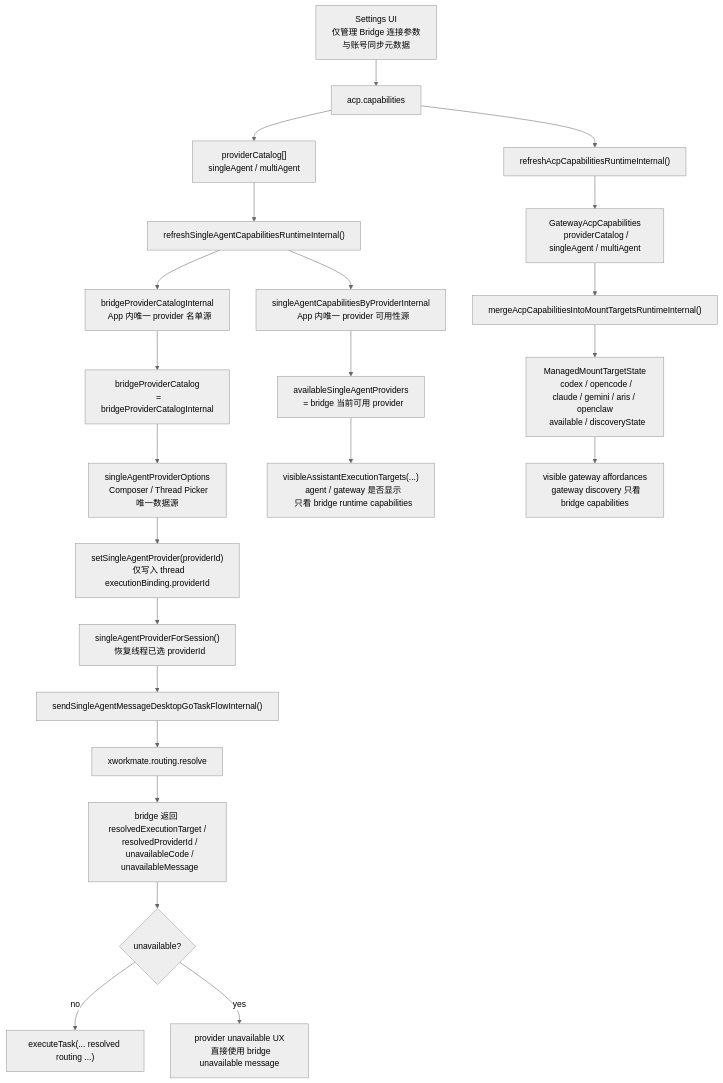
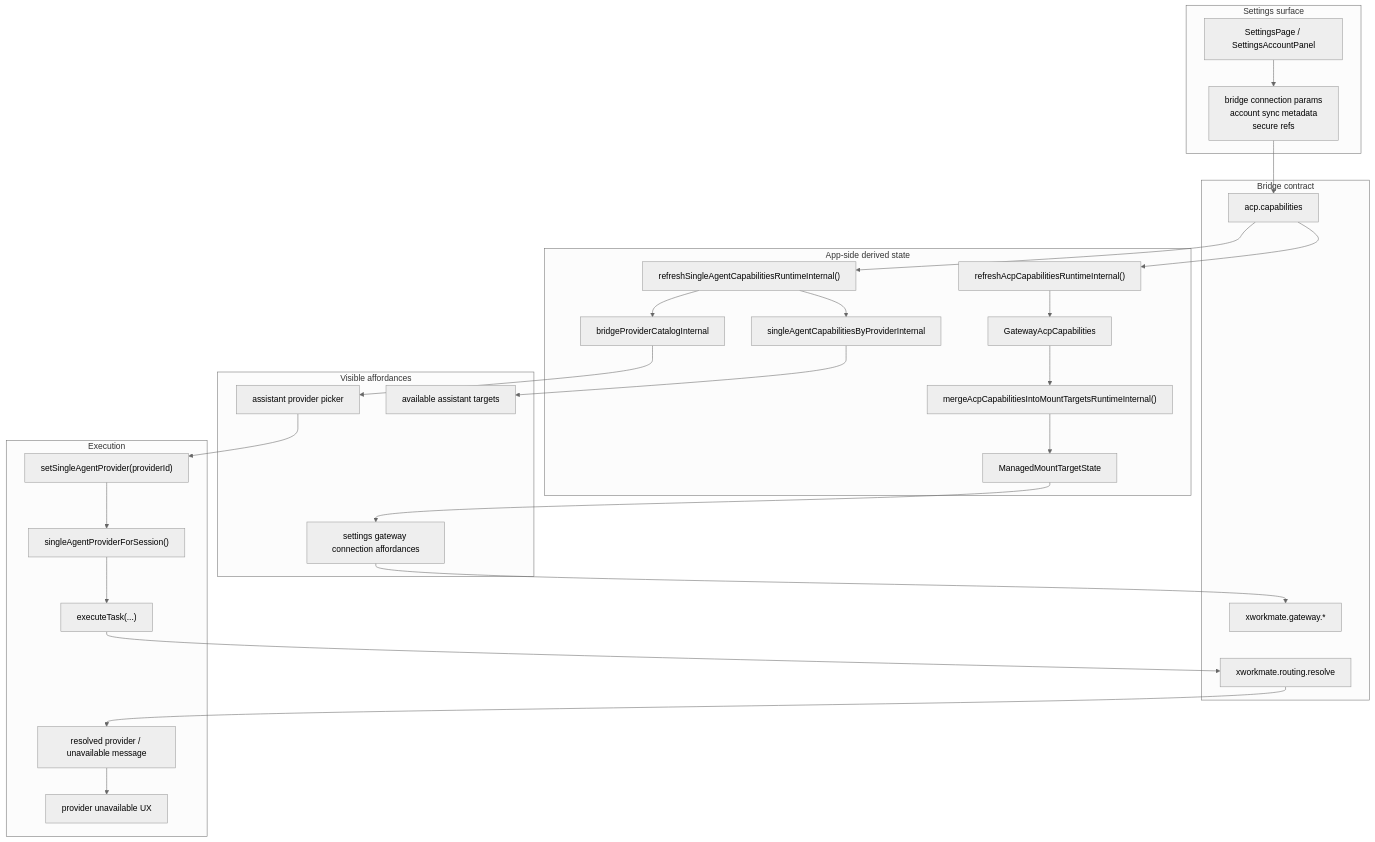
Before and after one commit to x-evor/xworkmate-app: the diagram in docs/architecture/settings-integration-configuration-model.md, drawn with Mermaid (neutral theme). The commit also changed other lines of this file and 3 other files, not shown here.

Commit message:
docs: align app architecture to bridge mainline

````diff
--- a/docs/architecture/settings-integration-configuration-model.md
+++ b/docs/architecture/settings-integration-configuration-model.md
@@ -14,54 +15,49 @@
 ```mermaid
 flowchart TD
-  A["Settings UI
-  仅管理 Bridge 连接参数
-  与账号同步元数据"] --> G["acp.capabilities"]
-  G --> H["providerCatalog[]
-  singleAgent / multiAgent"]
+  subgraph SETTINGS["Settings surface"]
+    A["SettingsPage / SettingsAccountPanel"]
+    B["bridge connection params<br/>account sync metadata<br/>secure refs"]
+    A --> B
+  end
 
-  H --> I["refreshSingleAgentCapabilitiesRuntimeInternal()"]
-  I --> J["bridgeProviderCatalogInternal
-  App 内唯一 provider 名单源"]
-  I --> K["singleAgentCapabilitiesByProviderInternal
-  App 内唯一 provider 可用性源"]
+  subgraph BRIDGE["Bridge contract"]
+    C["acp.capabilities"]
+    D["xworkmate.routing.resolve"]
+    E["xworkmate.gateway.*"]
+    B --> C
+  end
 
-  G --> L["refreshAcpCapabilitiesRuntimeInternal()"]
-  L --> M["GatewayAcpCapabilities
-  providerCatalog / singleAgent / multiAgent"]
-  M --> N["mergeAcpCapabilitiesIntoMountTargetsRuntimeInternal()"]
-  N --> O["ManagedMountTargetState
-  codex / opencode / claude / gemini / aris / openclaw
-  available / discoveryState"]
+  subgraph APPSTATE["App-side derived state"]
+    F["refreshSingleAgentCapabilitiesRuntimeInternal()"]
+    G["bridgeProviderCatalogInternal"]
+    H["singleAgentCapabilitiesByProviderInternal"]
+    I["refreshAcpCapabilitiesRuntimeInternal()"]
+    J["GatewayAcpCapabilities"]
+    K["mergeAcpCapabilitiesIntoMountTargetsRuntimeInternal()"]
+    L["ManagedMountTargetState"]
+    C --> F --> G
+    F --> H
+    C --> I --> J --> K --> L
+  end
 
-  J --> P["bridgeProviderCatalog
-  = bridgeProviderCatalogInternal"]
-  P --> Q["singleAgentProviderOptions
-  Composer / Thread Picker 唯一数据源"]
+  subgraph UI["Visible affordances"]
+    M["assistant provider picker"]
+    N["available assistant targets"]
+    O["settings gateway connection affordances"]
+    G --> M
+    H --> N
+    L --> O
+  end
 
-  K --> R["availableSingleAgentProviders
-  = bridge 当前可用 provider"]
-  R --> S["visibleAssistantExecutionTargets(...)
-  agent / gateway 是否显示
-  只看 bridge runtime capabilities"]
-
-  O --> T["visible gateway affordances
-  gateway discovery 只看 bridge capabilities"]
-
-  Q --> U["setSingleAgentProvider(providerId)
-  仅写入 thread executionBinding.providerId"]
-
-  U --> V["singleAgentProviderForSession()
-  恢复线程已选 providerId"]
-
-  V --> W["sendSingleAgentMessageDesktopGoTaskFlowInternal()"]
-  W --> X["xworkmate.routing.resolve"]
-  X --> Y["bridge 返回 resolvedExecutionTarget /
-  resolvedProviderId /
-  unavailableCode /
-  unavailableMessage"]
-
-  Y --> Z{"unavailable?"}
-  Z -->|"no"| AA["executeTask(... resolved routing ...)"]
-  Z -->|"yes"| AB["provider unavailable UX
-  直接使用 bridge unavailable message"]
+  subgraph EXEC["Execution"]
+    P["setSingleAgentProvider(providerId)"]
+    Q["singleAgentProviderForSession()"]
+    R["executeTask(...)"]
+    S["resolved provider / unavailable message"]
+    T["provider unavailable UX"]
+    M --> P --> Q --> R
+    R --> D --> S
+    S --> T
+    O --> E
+  end
 ```
````
